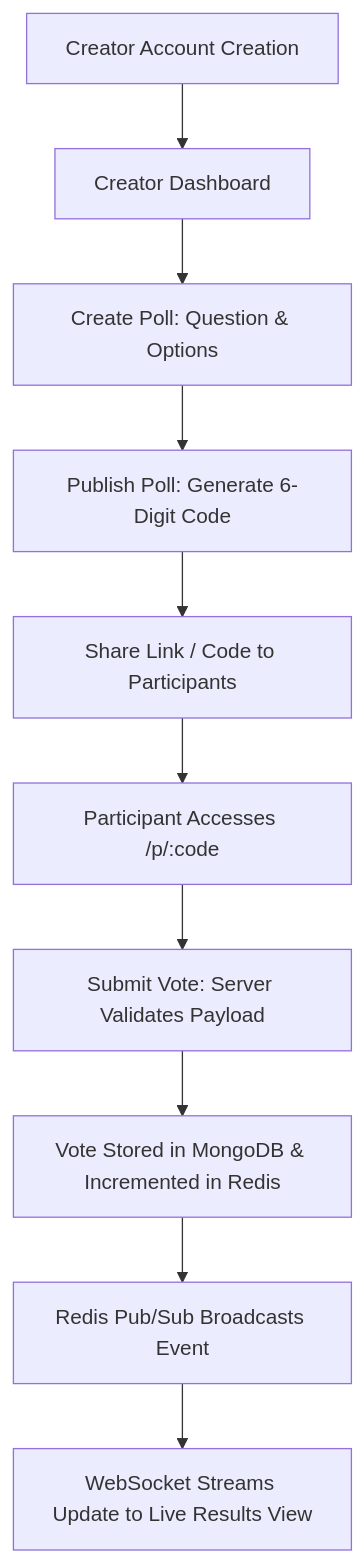
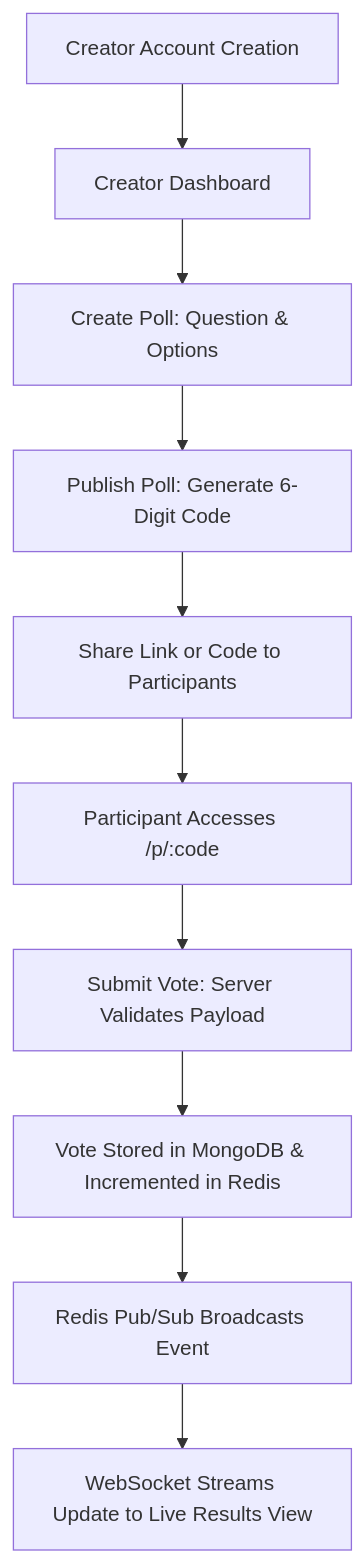
One commit to Nataraj-EL/PulsePoll changed the first of 3 diagrams in README.md. Above: the diagram before and after it, drawn with Mermaid. The commit also changed other lines of this file, not shown here.

Commit message:
docs: refine Mermaid syntax and node quoting for robust Markdown rendering

````diff
--- a/README.md
+++ b/README.md
@@ -23,12 +23,12 @@
 ```mermaid
 flowchart TD
     A[Creator Account Creation] --> B[Creator Dashboard]
-    B --> C[Create Poll: Question & Options]
-    C --> D[Publish Poll: Generate 6-Digit Code]
-    D --> E[Share Link / Code to Participants]
-    E --> F[Participant Accesses /p/:code]
-    F --> G[Submit Vote: Server Validates Payload]
-    G --> H[Vote Stored in MongoDB & Incremented in Redis]
-    H --> I[Redis Pub/Sub Broadcasts Event]
-    I --> J[WebSocket Streams Update to Live Results View]
+    B --> C["Create Poll: Question & Options"]
+    C --> D["Publish Poll: Generate 6-Digit Code"]
+    D --> E[Share Link or Code to Participants]
+    E --> F["Participant Accesses /p/:code"]
+    F --> G["Submit Vote: Server Validates Payload"]
+    G --> H["Vote Stored in MongoDB & Incremented in Redis"]
+    H --> I["Redis Pub/Sub Broadcasts Event"]
+    I --> J["WebSocket Streams Update to Live Results View"]
 ```
````
